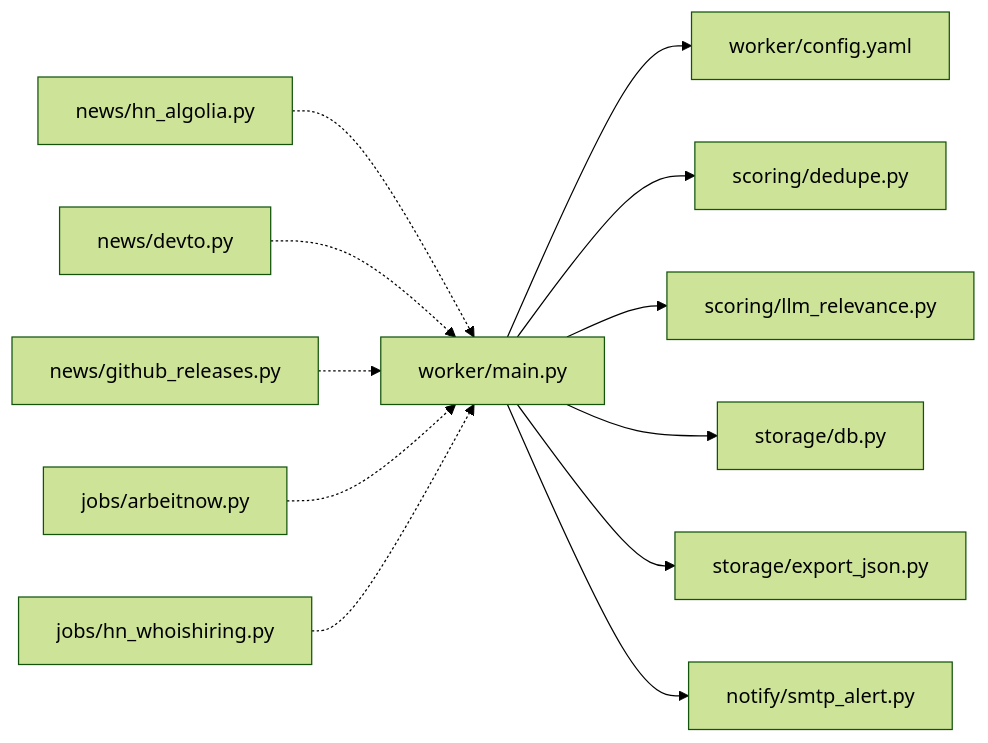
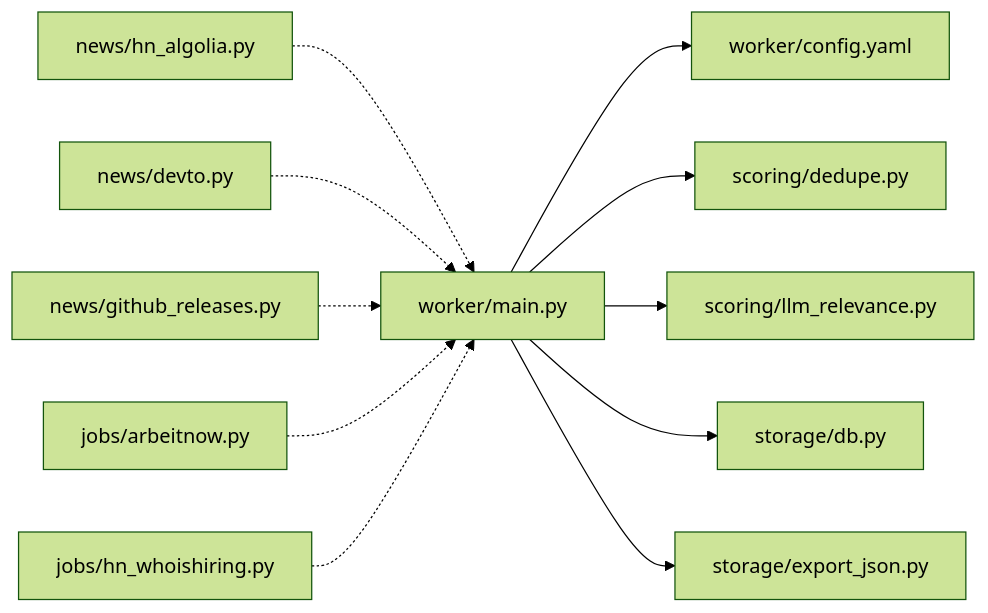
One commit to shakthi-vinayak/news changed the sixth of 6 diagrams in .qoder/repowiki/en/content/Project Overview/Key Features.md. Above: the diagram before and after it, drawn with Mermaid (forest theme). The commit also changed other lines of this file and 37 other files, not shown here.

````diff
--- a/.qoder/repowiki/en/content/Project Overview/Key Features.md
+++ b/.qoder/repowiki/en/content/Project Overview/Key Features.md
@@ -270,14 +286,13 @@
 ```mermaid
 graph LR
 MAIN["worker/main.py"] --> CFG["worker/config.yaml"]
 MAIN --> DEDUP["scoring/dedupe.py"]
 MAIN --> LLM["scoring/llm_relevance.py"]
 MAIN --> DB["storage/db.py"]
 MAIN --> EXPORT["storage/export_json.py"]
-MAIN --> SMTP["notify/smtp_alert.py"]
 HN["news/hn_algolia.py"] -.-> MAIN
 DEVTO["news/devto.py"] -.-> MAIN
 GHREL["news/github_releases.py"] -.-> MAIN
 ARBN["jobs/arbeitnow.py"] -.-> MAIN
 HNHIRING["jobs/hn_whoishiring.py"] -.-> MAIN
 ```
````
